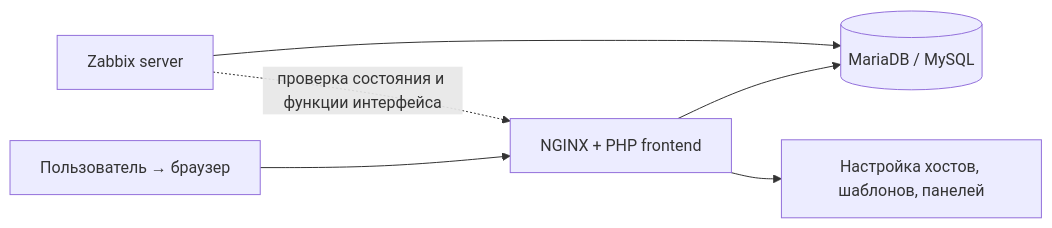
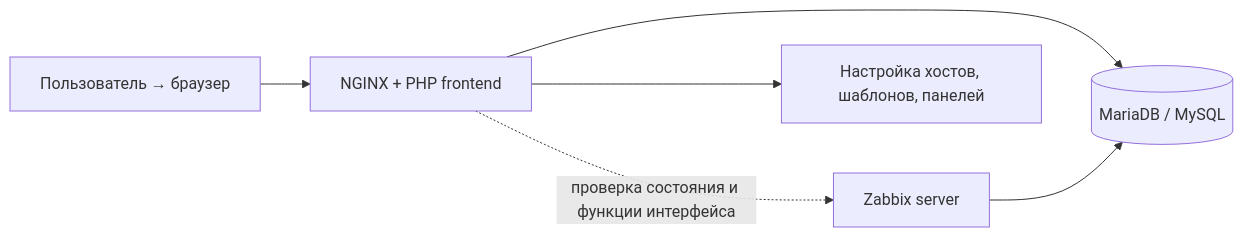
The first of 4 diagrams in books/zabbix-7-monitoring-it-infrastructure-ru/notes/chapters/chapter-01-installation-web-interface/diagram.md (ValentS1997/biblioteka-vsp), drawn with Mermaid before and after one commit.

Commit message:
fix(zabbix-0020): align frontend-server interaction arrow with RAG p31

````diff
--- a/books/zabbix-7-monitoring-it-infrastructure-ru/notes/chapters/chapter-01-installation-web-interface/diagram.md
+++ b/books/zabbix-7-monitoring-it-infrastructure-ru/notes/chapters/chapter-01-installation-web-interface/diagram.md
@@ -7,8 +7,8 @@
 ```mermaid
 flowchart LR
   UI["Пользователь → браузер"] --> WEB["NGINX + PHP frontend"]
   WEB --> DB[("MariaDB / MySQL")]
   SV["Zabbix server"] --> DB
-  SV -. "проверка состояния и функции интерфейса" .-> WEB
+  WEB -. "проверка состояния и функции интерфейса" .-> SV
   WEB --> CONFIG["Настройка хостов, шаблонов, панелей"]
 ```
````
